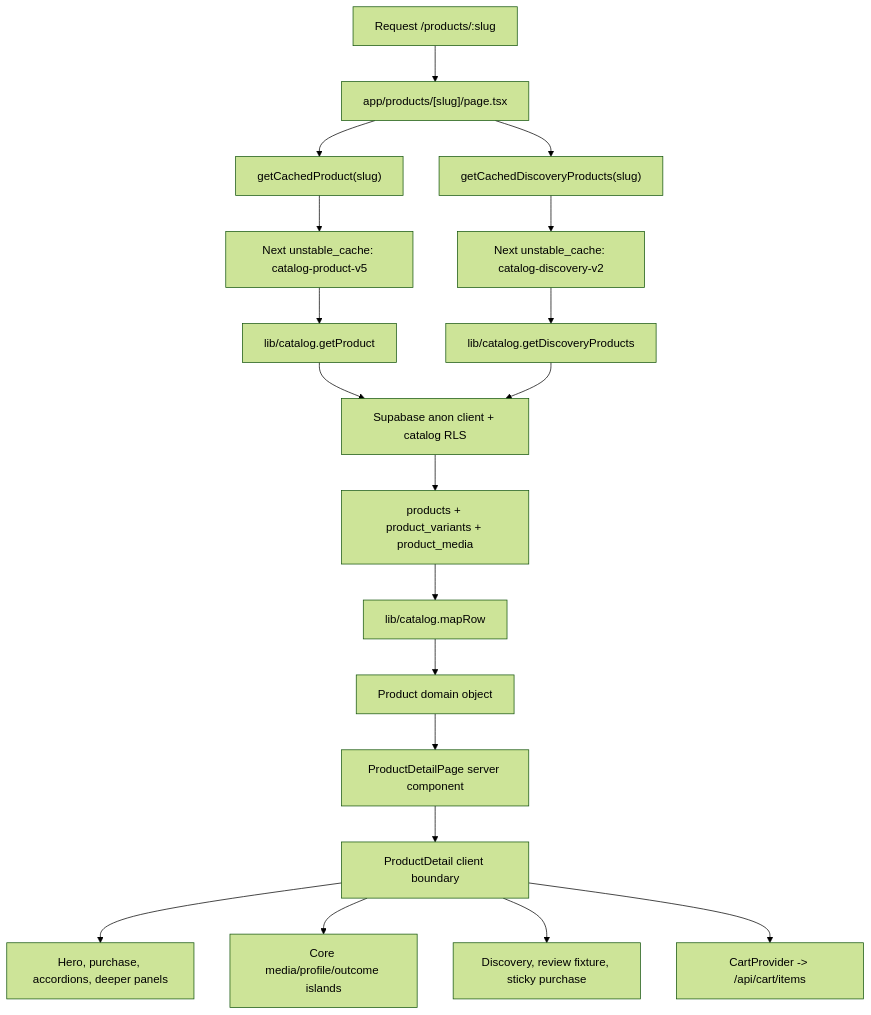
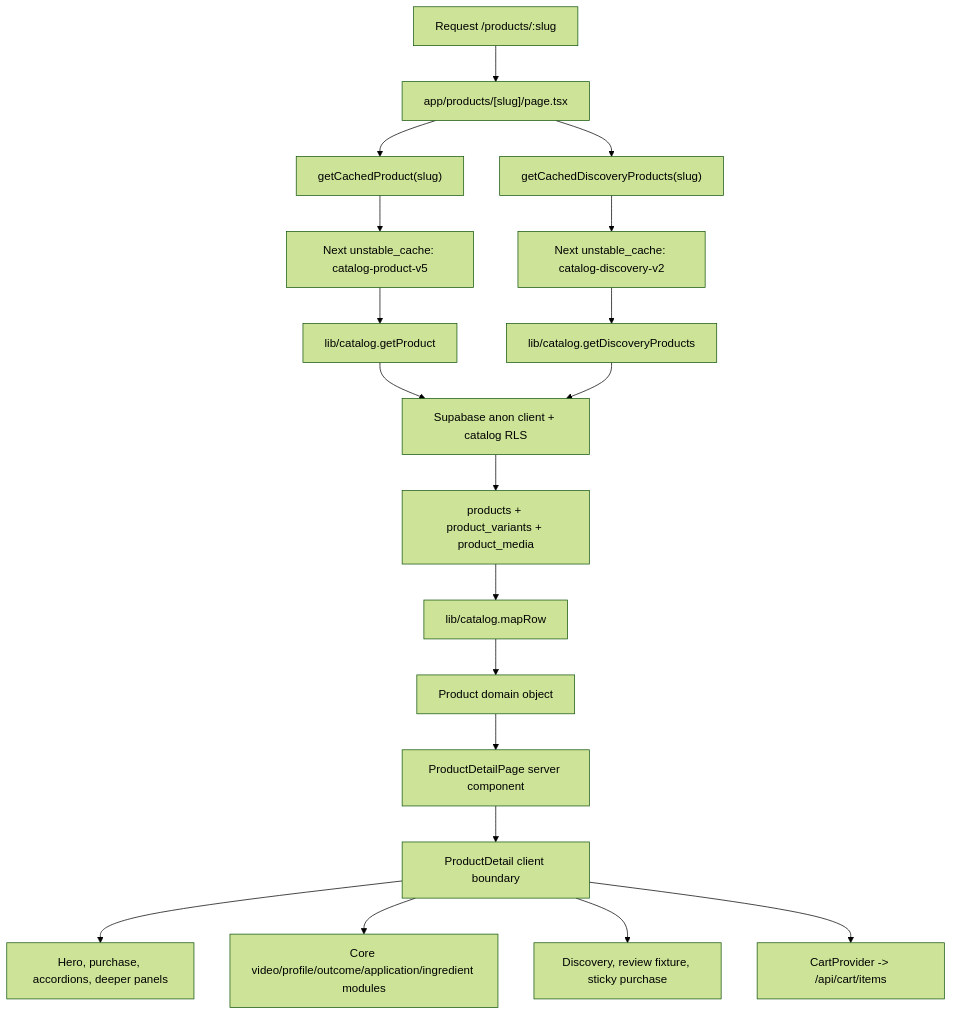
One commit to brandon-y-lee/helix changed the diagram in docs/pdp/pdp-data-flow.md. Above: the diagram before and after it, drawn with Mermaid (forest theme). The commit also changed other lines of this file and 23 other files, not shown here.

Commit message:
feat: add Core PDP application and ingredients modules

````diff
--- a/docs/pdp/pdp-data-flow.md
+++ b/docs/pdp/pdp-data-flow.md
@@ -37,21 +38,21 @@
 ```mermaid
 flowchart TD
   A["Request /products/:slug"] --> B["app/products/[slug]/page.tsx"]
   B --> C["getCachedProduct(slug)"]
   B --> D["getCachedDiscoveryProducts(slug)"]
   C --> E["Next unstable_cache: catalog-product-v5"]
   D --> F["Next unstable_cache: catalog-discovery-v2"]
   E --> G["lib/catalog.getProduct"]
   F --> H["lib/catalog.getDiscoveryProducts"]
   G --> I["Supabase anon client + catalog RLS"]
   H --> I
   I --> J["products + product_variants + product_media"]
   J --> K["lib/catalog.mapRow"]
   K --> L["Product domain object"]
   L --> M["ProductDetailPage server component"]
   M --> N["ProductDetail client boundary"]
   N --> O["Hero, purchase, accordions, deeper panels"]
-  N --> P["Core media/profile/outcome islands"]
+  N --> P["Core video/profile/outcome/application/ingredient modules"]
   N --> Q["Discovery, review fixture, sticky purchase"]
   N --> R["CartProvider -> /api/cart/items"]
 ```
````
